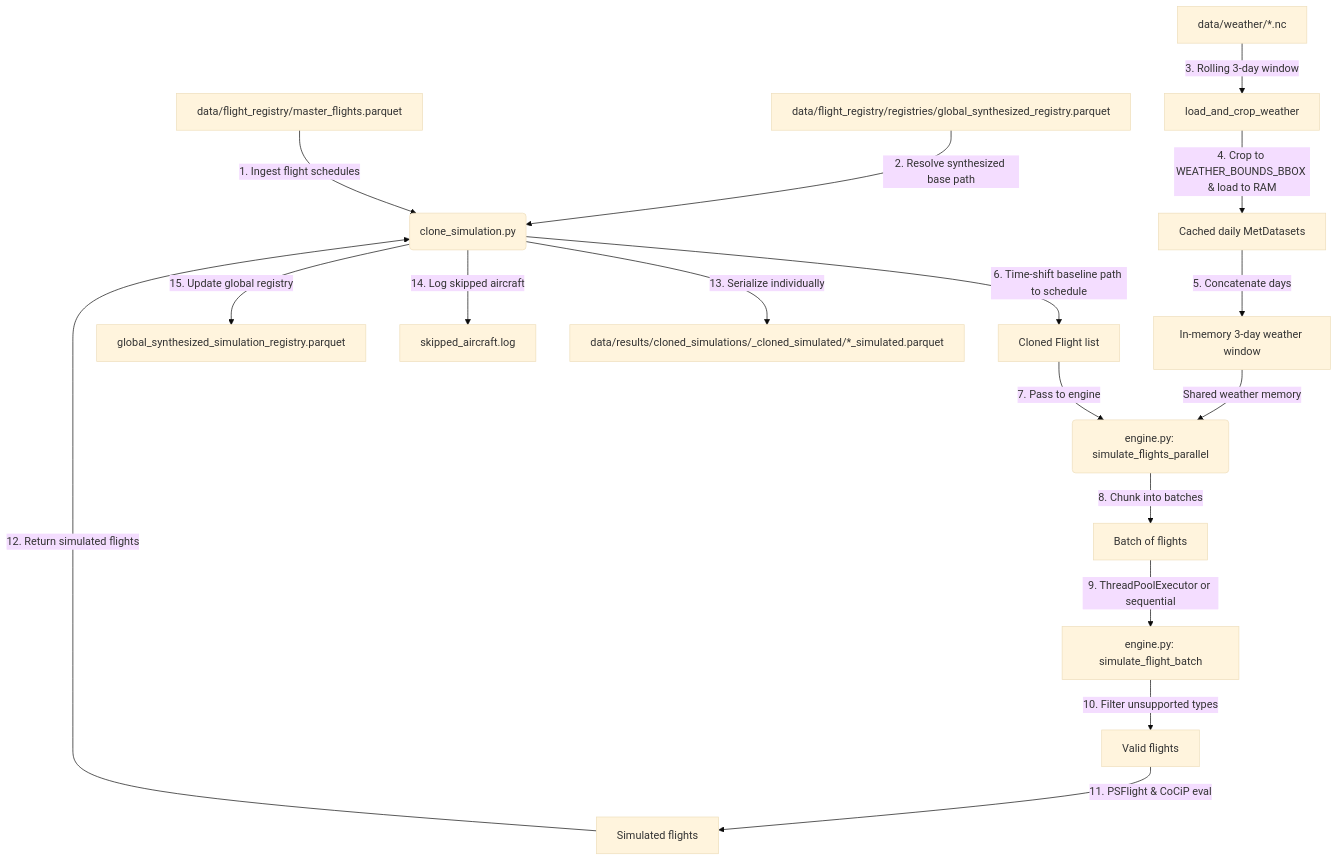
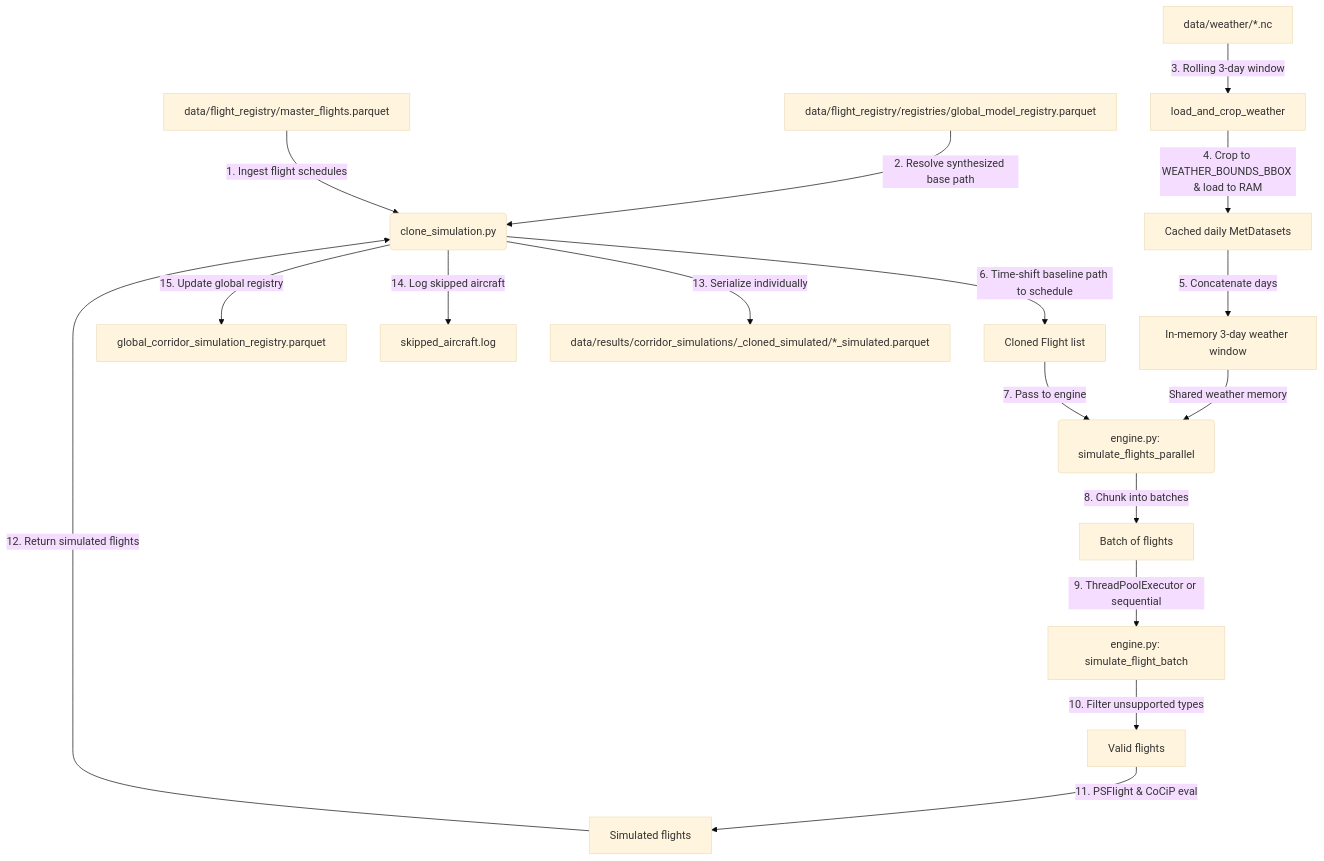
One commit to Bauzement123/flight-physics-pipeline changed the second of 2 diagrams in src/physics/README.md. Above: the diagram before and after it, drawn with Mermaid (base theme). The commit also changed other lines of this file and 17 other files, not shown here.

````diff
--- a/src/physics/README.md
+++ b/src/physics/README.md
@@ -93,22 +111,22 @@
 ```mermaid
 graph TD
     A[data/flight_registry/master_flights.parquet] -->|1. Ingest flight schedules| B(clone_simulation.py)
-    C[data/flight_registry/registries/global_synthesized_registry.parquet] -->|2. Resolve synthesized base path| B
+    C[data/flight_registry/registries/global_model_registry.parquet] -->|2. Resolve synthesized base path| B
     D[data/weather/*.nc] -->|3. Rolling 3-day window| E[load_and_crop_weather]
     E -->|4. Crop to WEATHER_BOUNDS_BBOX & load to RAM| F[Cached daily MetDatasets]
     F -->|5. Concatenate days| G[In-memory 3-day weather window]
     
     B -->|6. Time-shift baseline path to schedule| H[Cloned Flight list]
     H -->|7. Pass to engine| I(engine.py: simulate_flights_parallel)
     G -->|Shared weather memory| I
     
     I -->|8. Chunk into batches| J[Batch of flights]
     J -->|9. ThreadPoolExecutor or sequential| K[engine.py: simulate_flight_batch]
     K -->|10. Filter unsupported types| L[Valid flights]
     L -->|11. PSFlight & CoCiP eval| M[Simulated flights]
     
     M -->|12. Return simulated flights| B
-    B -->|13. Serialize individually| N[data/results/cloned_simulations/<route>_cloned_simulated/*_simulated.parquet]
+    B -->|13. Serialize individually| N[data/results/corridor_simulations/<route>_cloned_simulated/*_simulated.parquet]
     B -->|14. Log skipped aircraft| O[skipped_aircraft.log]
-    B -->|15. Update global registry| P[global_synthesized_simulation_registry.parquet]
+    B -->|15. Update global registry| P[global_corridor_simulation_registry.parquet]
 ```
````
